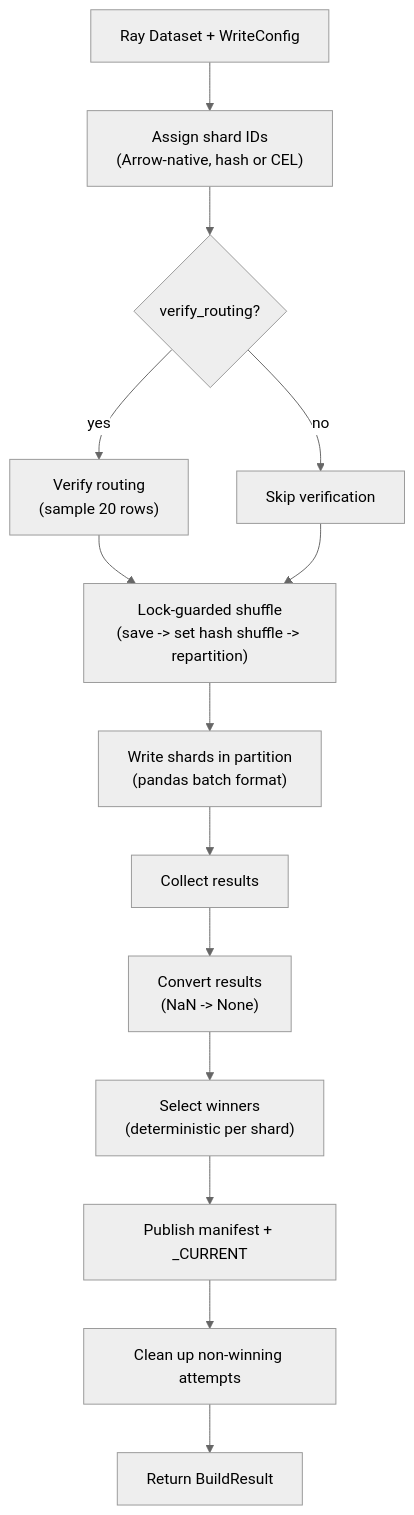
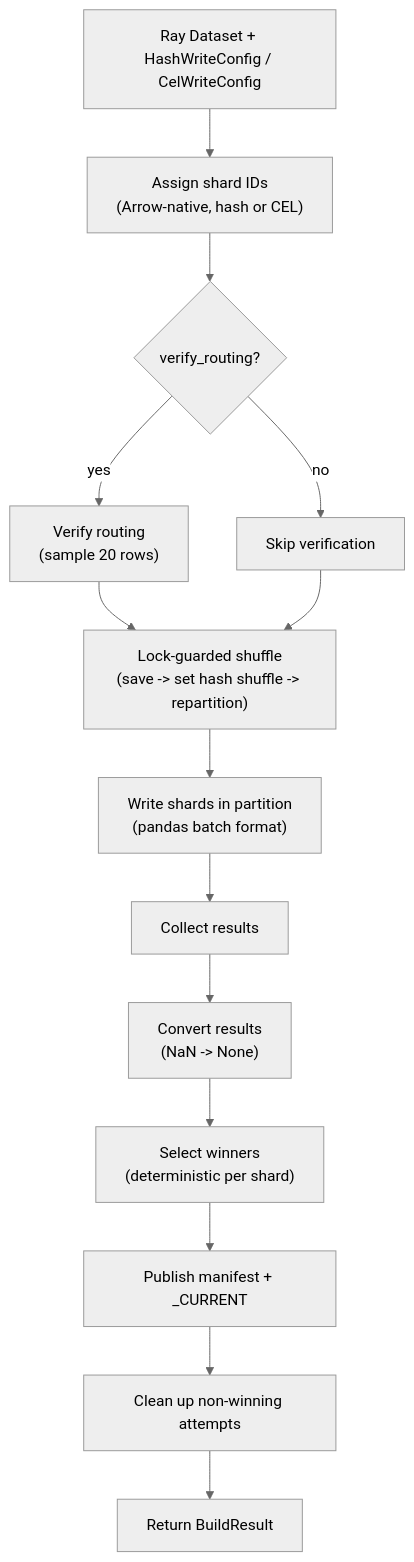
Before and after one commit to elkin/shardyfusion: the diagram in docs/use-cases/kv-storage/build/ray.md, drawn with Mermaid (neutral theme). The commit also changed other lines of this file and 11 other files, not shown here.

First line of the commit message:
docs: update writer docs for split hash/cel API

````diff
--- a/docs/use-cases/kv-storage/build/ray.md
+++ b/docs/use-cases/kv-storage/build/ray.md
@@ -67,16 +90,16 @@
 ```mermaid
 flowchart TD
-    A[Ray Dataset + WriteConfig] --> B["Assign shard IDs<br/>(Arrow-native, hash or CEL)"]
+    A[Ray Dataset + HashWriteConfig / CelWriteConfig] --> B["Assign shard IDs<br/>(Arrow-native, hash or CEL)"]
     B --> C{"verify_routing?"}
     C -->|yes| D["Verify routing<br/>(sample 20 rows)"]
     C -->|no| E[Skip verification]
     D --> F["Lock-guarded shuffle<br/>(save -> set hash shuffle -> repartition)"]
     E --> F
     F --> G["Write shards in partition<br/>(pandas batch format)"]
     G --> H["Collect results"]
     H --> I["Convert results<br/>(NaN -> None)"]
     I --> J["Select winners<br/>(deterministic per shard)"]
     J --> K["Publish manifest + _CURRENT"]
     K --> L["Clean up non-winning attempts"]
     L --> M[Return BuildResult]
 ```
````
